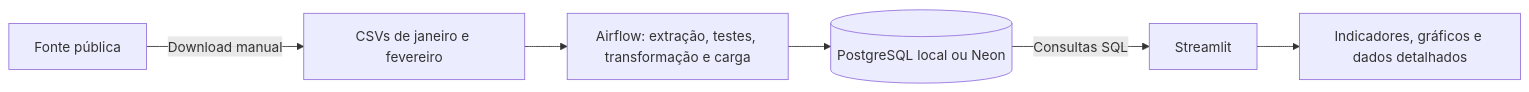
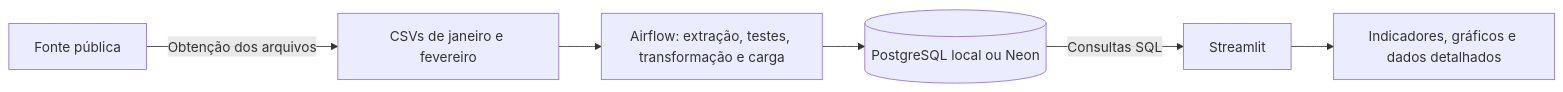
One commit to matheus-dataeng/Teste_Tecnico_Desenvolvedor_Jr_Ottrans changed the diagram in README.md. Above: the diagram before and after it, drawn with Mermaid.

Commit message:
Atualização README

````diff
--- a/README.md
+++ b/README.md
@@ -18,8 +18,8 @@
 ```mermaid
 flowchart LR
-    A["Fonte pública"] -->|Download manual| B["CSVs de janeiro e fevereiro"]
+    A["Fonte pública"] -->|Obtenção dos arquivos| B["CSVs de janeiro e fevereiro"]
     B --> C["Airflow: extração, testes, transformação e carga"]
     C --> D[(PostgreSQL local ou Neon)]
     D -->|Consultas SQL| E[Streamlit]
     E --> F["Indicadores, gráficos e dados detalhados"]
 ```
````
